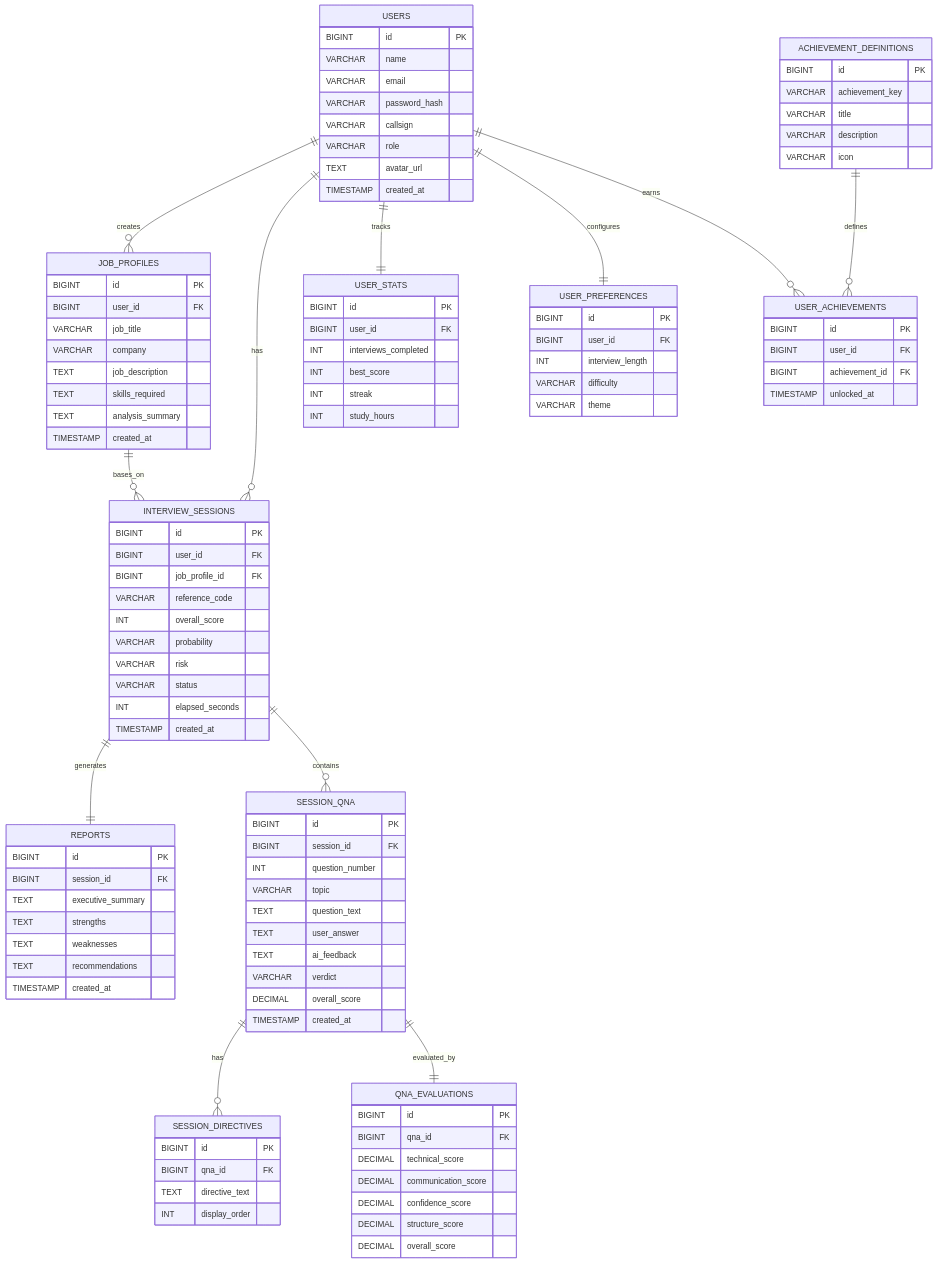
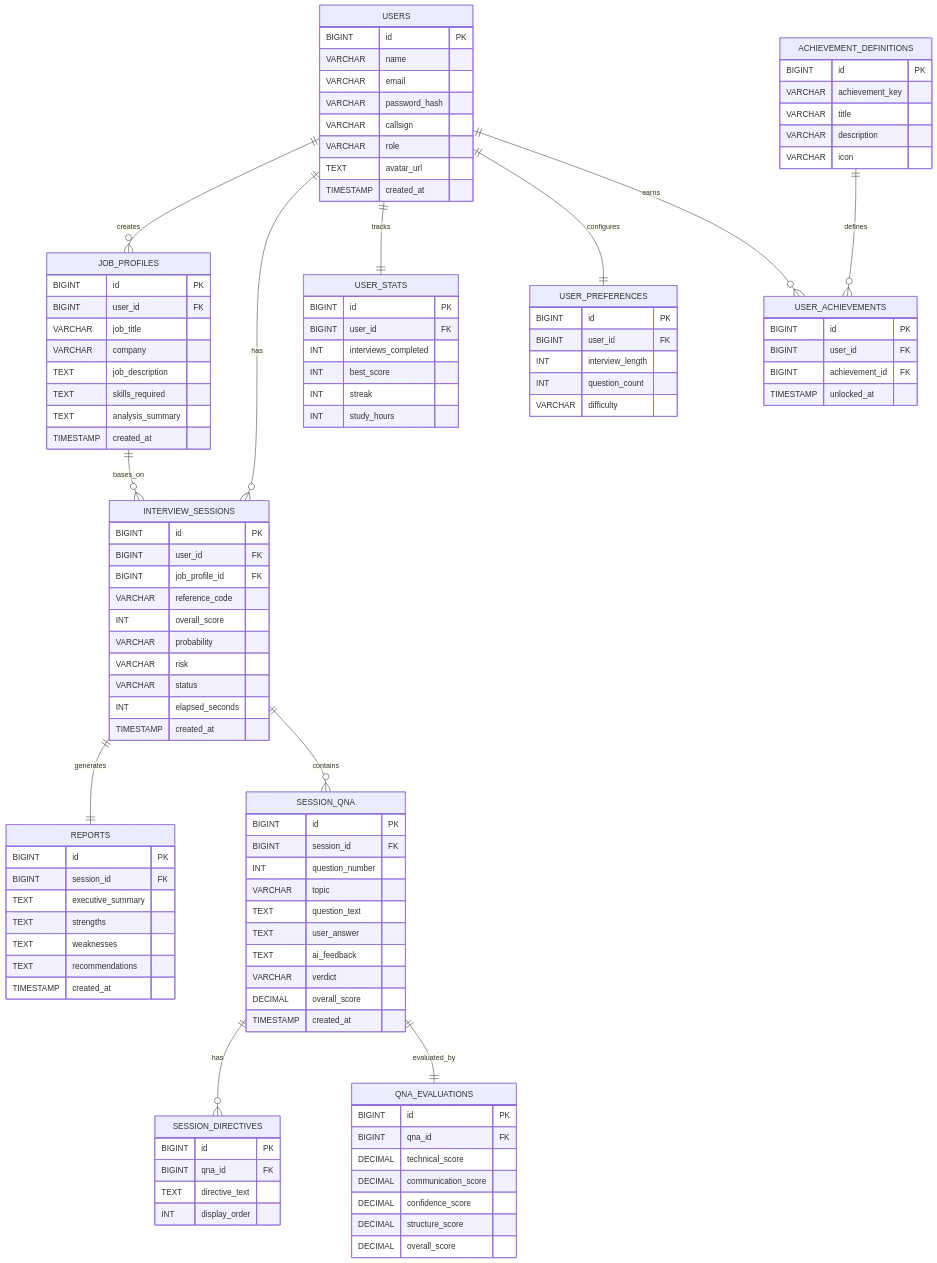
One commit to Soham-India/AI-interview-coach changed the diagram in README.md. Above: the diagram before and after it, drawn with Mermaid. The commit also changed other lines of this file and 1 other file, not shown here.

```diff
--- a/README.md
+++ b/README.md
@@ -85,8 +156,8 @@
     BIGINT id PK
     BIGINT user_id FK
     INT interview_length
+    INT question_count
     VARCHAR difficulty
-    VARCHAR theme
   }
 
   ACHIEVEMENT_DEFINITIONS {
```
